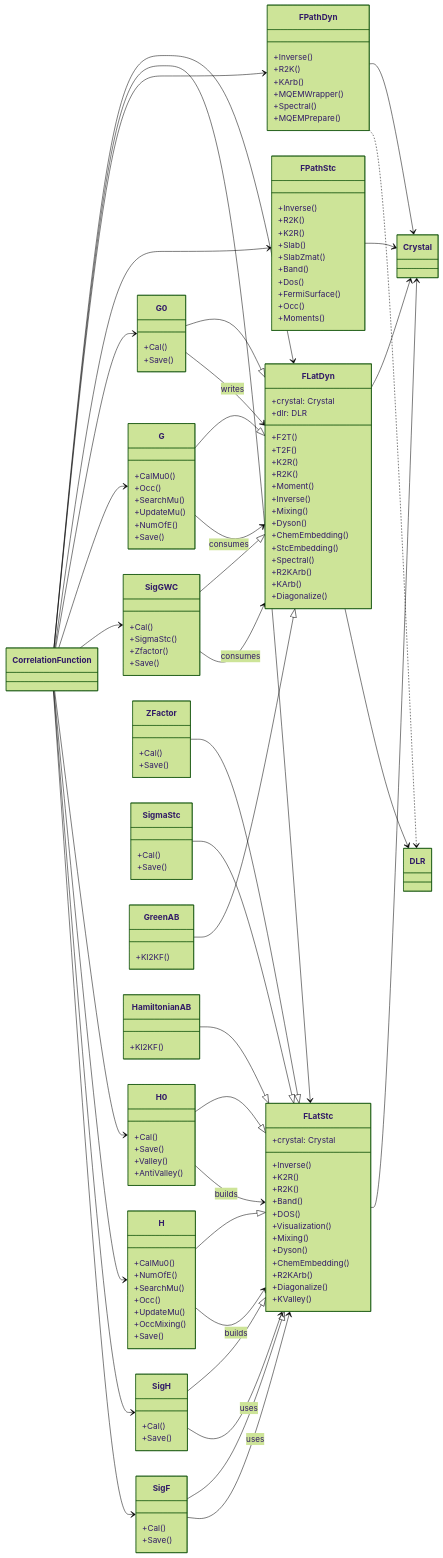
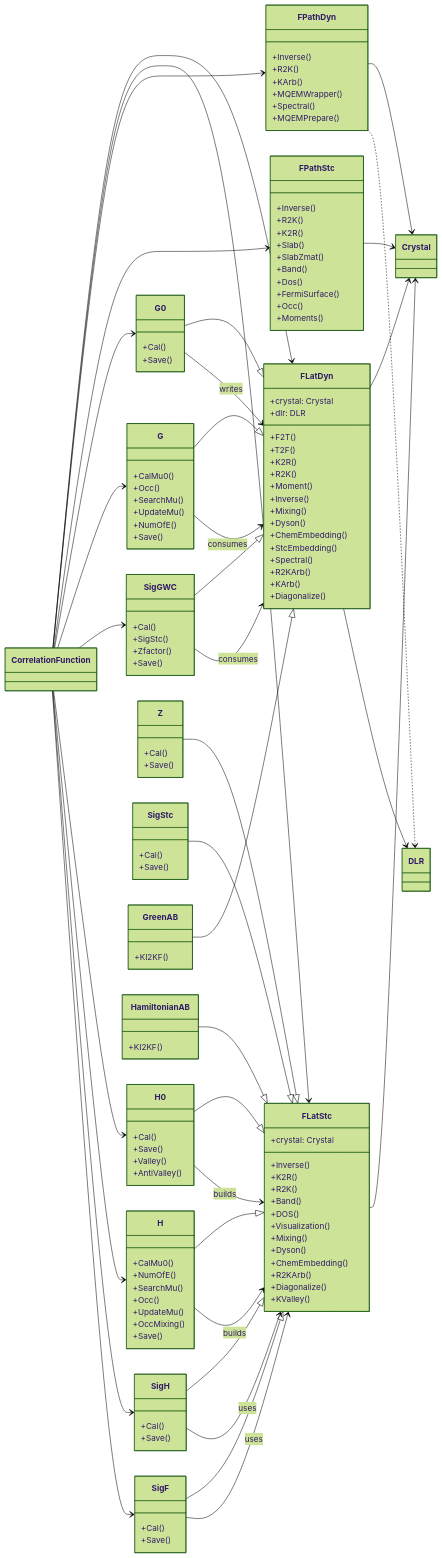
Before and after one commit to QAssemble/qassemble: the second of 4 diagrams in docs/SerialClassDiagram.md, drawn with Mermaid (forest theme). The commit also changed 11 other files, not shown here.

```diff
--- a/docs/SerialClassDiagram.md
+++ b/docs/SerialClassDiagram.md
@@ -110,7 +110,7 @@
     }
     class SigGWC {
         +Cal()
-        +SigmaStc()
+        +SigStc()
         +Zfactor()
         +Save()
     }
@@ -137,11 +137,11 @@
         +Cal()
         +Save()
     }
-    class ZFactor {
+    class Z {
         +Cal()
         +Save()
     }
-    class SigmaStc {
+    class SigStc {
         +Cal()
         +Save()
     }
@@ -198,8 +198,8 @@
     SigH --|> FLatStc
     SigF --|> FLatStc
     HamiltonianAB --|> FLatStc
-    ZFactor --|> FLatStc
-    SigmaStc --|> FLatStc
+    Z --|> FLatStc
+    SigStc --|> FLatStc
     G0 --> FLatDyn : writes
     G --> FLatDyn : consumes
     SigGWC --> FLatDyn : consumes
```
